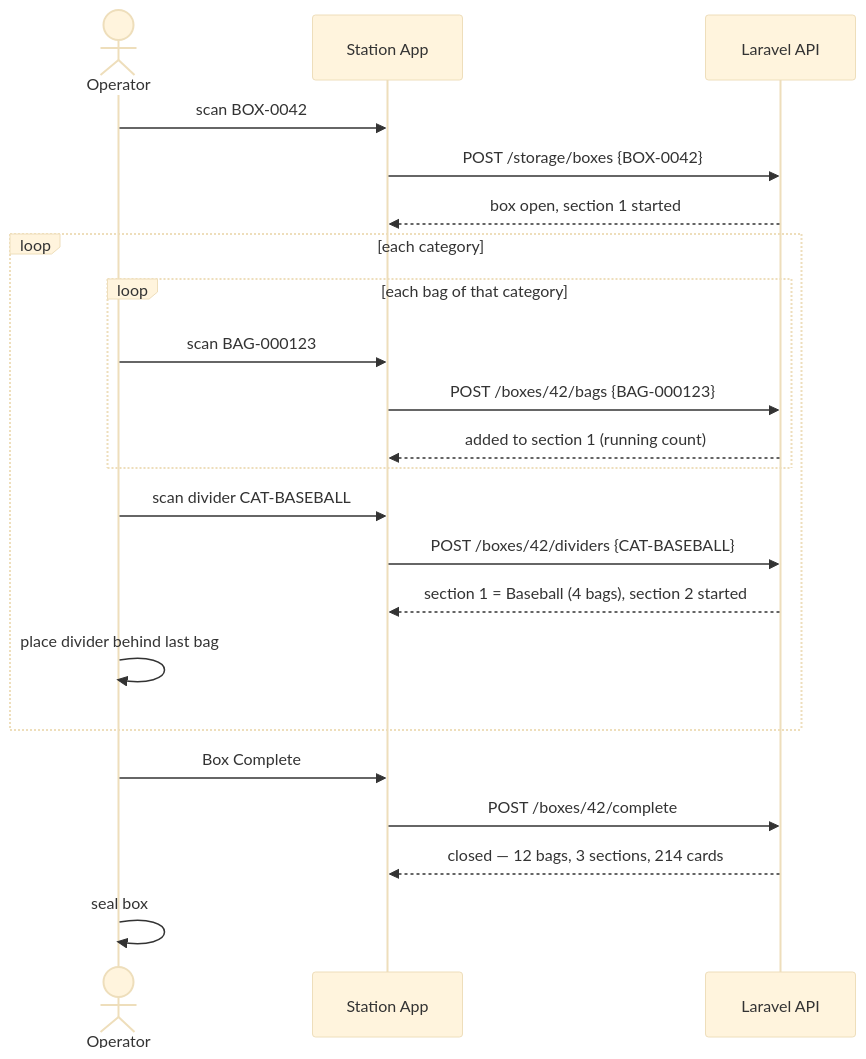
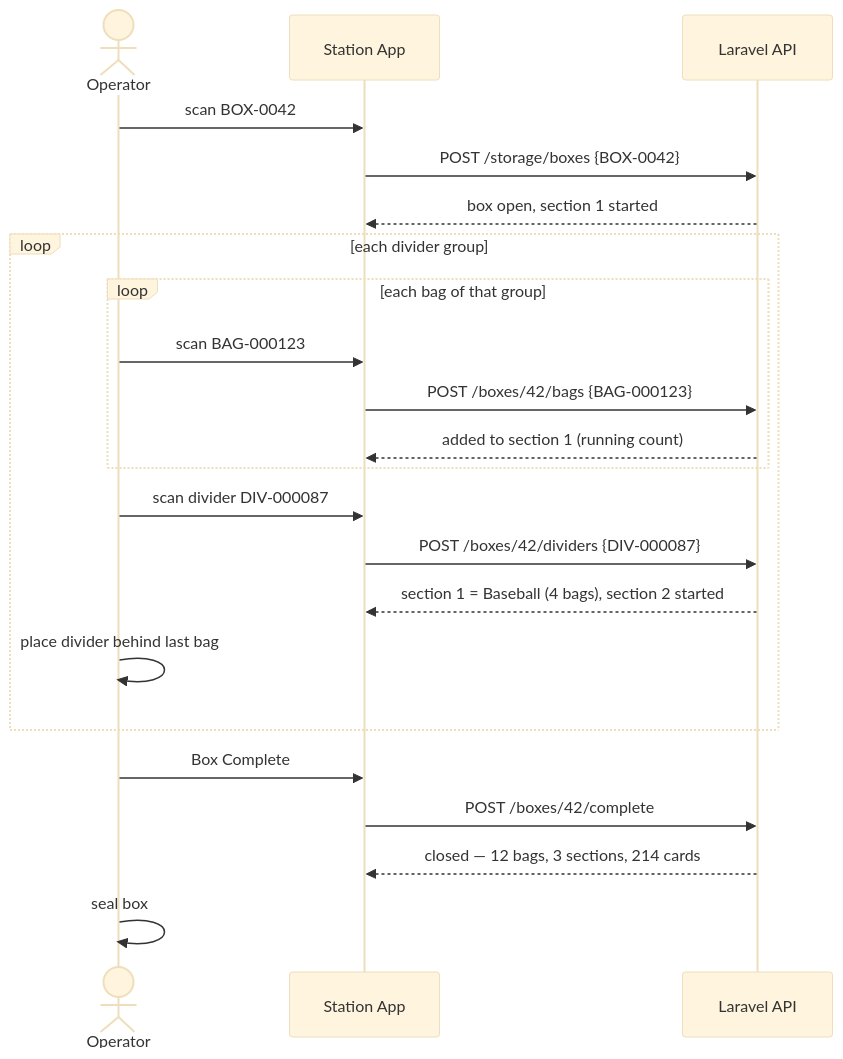
Before and after one commit to cheskib/Maxcollection: the fifth of 5 diagrams in CAPTURE-STATION.md, drawn with Mermaid (base theme). The commit also changed other lines of this file and 15 other files, not shown here.

First line of the commit message:
Rename category cards to divider cards throughout (#86)

````diff
--- a/CAPTURE-STATION.md
+++ b/CAPTURE-STATION.md
@@ -380,27 +380,27 @@
 ```mermaid
 sequenceDiagram
     actor Op as Operator
     participant St as Station App
     participant API as Laravel API
 
     Op->>St: scan BOX-0042
     St->>API: POST /storage/boxes {BOX-0042}
     API-->>St: box open, section 1 started
 
-    loop each category
-        loop each bag of that category
+    loop each divider group
+        loop each bag of that group
             Op->>St: scan BAG-000123
             St->>API: POST /boxes/42/bags {BAG-000123}
             API-->>St: added to section 1 (running count)
         end
-        Op->>St: scan divider CAT-BASEBALL
-        St->>API: POST /boxes/42/dividers {CAT-BASEBALL}
+        Op->>St: scan divider DIV-000087
+        St->>API: POST /boxes/42/dividers {DIV-000087}
         API-->>St: section 1 = Baseball (4 bags), section 2 started
         Op->>Op: place divider behind last bag
     end
 
     Op->>St: Box Complete
     St->>API: POST /boxes/42/complete
     API-->>St: closed — 12 bags, 3 sections, 214 cards
     Op->>Op: seal box
 ```
````
